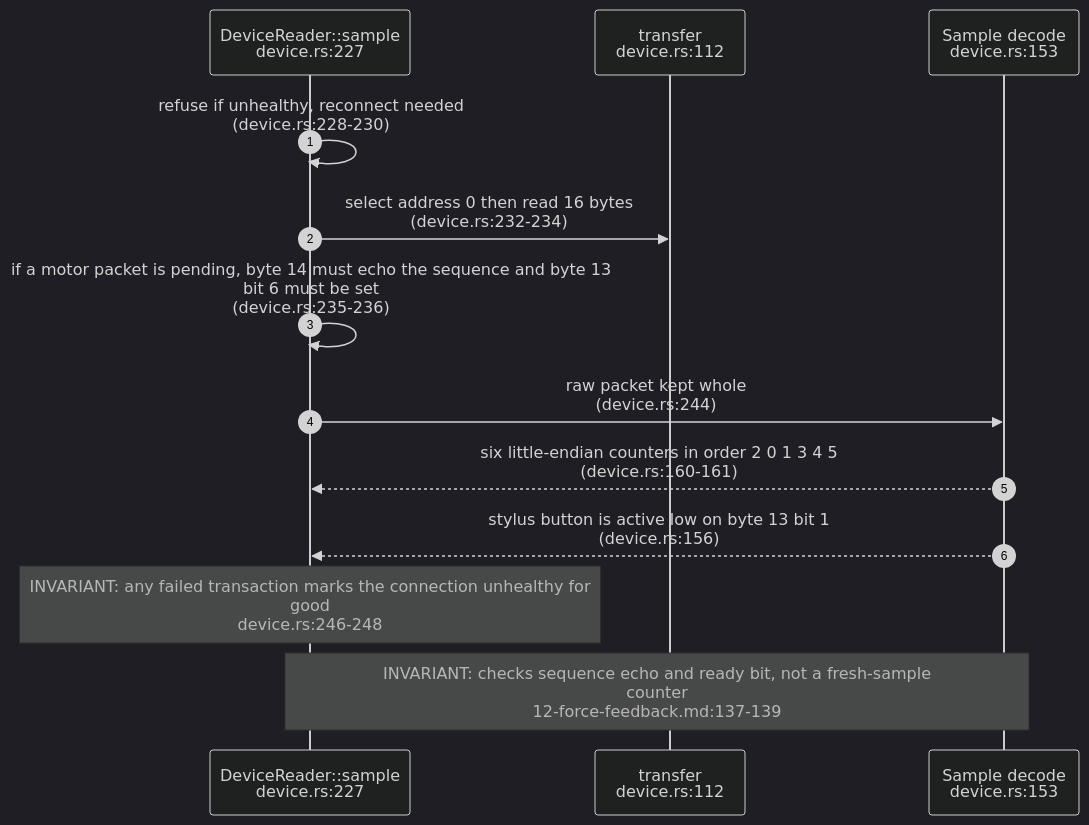
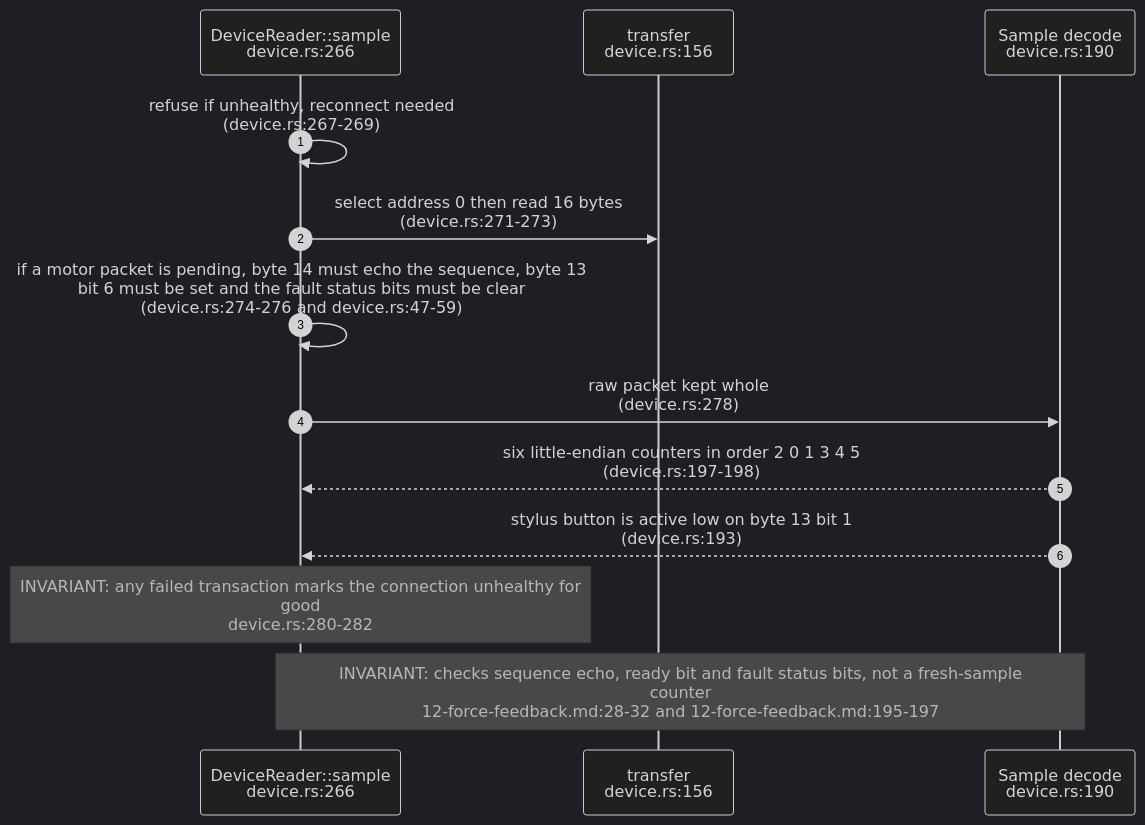
The third of 5 diagrams in docs/diagrams/visiontouch-rs/02-transport-software-epp-and-force-session.md (DreamLab-AI/VisionFlow), drawn with Mermaid (dark theme) before and after one commit. The commit also changed other lines of this file and 36 other files, not shown here.

First line of the commit message:
docs(diagrams): re-derive and re-stamp agentbox, dream-engine, visioncraft, visiontouch and vowl topics; drop LAN addresses

````diff
--- a/docs/diagrams/visiontouch-rs/02-transport-software-epp-and-force-session.md
+++ b/docs/diagrams/visiontouch-rs/02-transport-software-epp-and-force-session.md
@@ -81,15 +81,15 @@
 ```mermaid
 sequenceDiagram
     autonumber
-    participant SM as DeviceReader::sample<br/>device.rs:227
-    participant TR as transfer<br/>device.rs:112
-    participant SA as Sample decode<br/>device.rs:153
-    SM->>SM: refuse if unhealthy, reconnect needed<br/>(device.rs:228-230)
-    SM->>TR: select address 0 then read 16 bytes<br/>(device.rs:232-234)
-    SM->>SM: if a motor packet is pending, byte 14 must echo the sequence and byte 13<br/>bit 6 must be set<br/>(device.rs:235-236)
-    SM->>SA: raw packet kept whole<br/>(device.rs:244)
-    SA-->>SM: six little-endian counters in order 2 0 1 3 4 5<br/>(device.rs:160-161)
-    SA-->>SM: stylus button is active low on byte 13 bit 1<br/>(device.rs:156)
-    Note over SM: INVARIANT: any failed transaction marks the connection unhealthy for<br/>good<br/>device.rs:246-248
-    Note over SM,SA: INVARIANT: checks sequence echo and ready bit, not a fresh-sample<br/>counter<br/>12-force-feedback.md:137-139
+    participant SM as DeviceReader::sample<br/>device.rs:266
+    participant TR as transfer<br/>device.rs:156
+    participant SA as Sample decode<br/>device.rs:190
+    SM->>SM: refuse if unhealthy, reconnect needed<br/>(device.rs:267-269)
+    SM->>TR: select address 0 then read 16 bytes<br/>(device.rs:271-273)
+    SM->>SM: if a motor packet is pending, byte 14 must echo the sequence, byte 13<br/>bit 6 must be set and the fault status bits must be clear<br/>(device.rs:274-276 and device.rs:47-59)
+    SM->>SA: raw packet kept whole<br/>(device.rs:278)
+    SA-->>SM: six little-endian counters in order 2 0 1 3 4 5<br/>(device.rs:197-198)
+    SA-->>SM: stylus button is active low on byte 13 bit 1<br/>(device.rs:193)
+    Note over SM: INVARIANT: any failed transaction marks the connection unhealthy for<br/>good<br/>device.rs:280-282
+    Note over SM,SA: INVARIANT: checks sequence echo, ready bit and fault status bits, not a fresh-sample<br/>counter<br/>12-force-feedback.md:28-32 and 12-force-feedback.md:195-197
 ```
````
